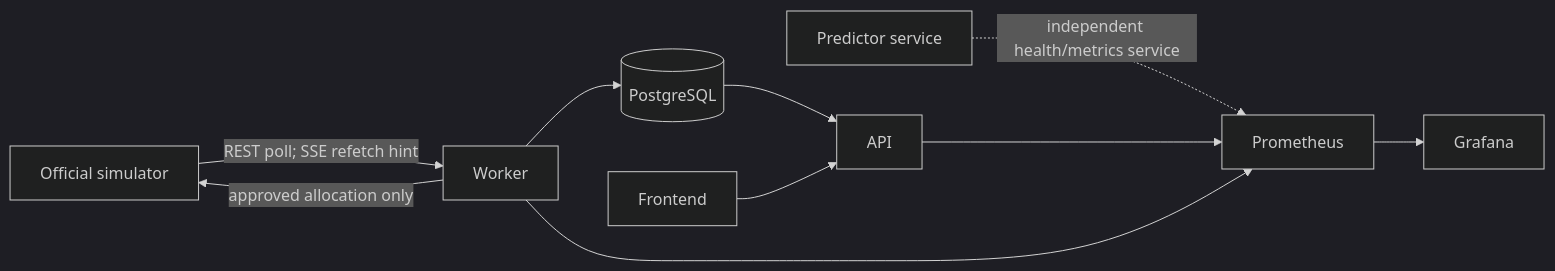
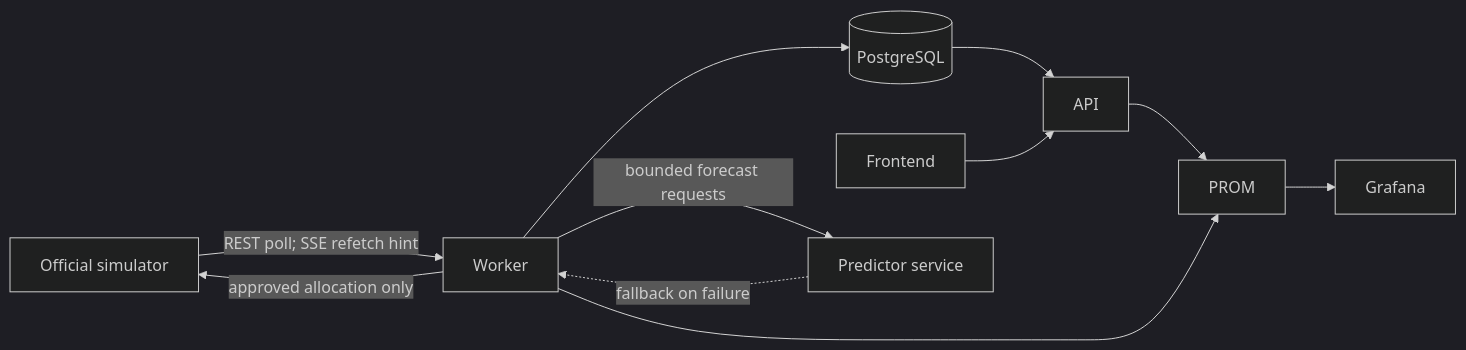
Before and after one commit to thunderstorm009/fuel_simulator: the diagram in README.md, drawn with Mermaid (dark theme). The commit also changed other lines of this file and 74 other files, not shown here.

````diff
--- a/README.md
+++ b/README.md
@@ -18,12 +18,13 @@
 ```mermaid
 flowchart LR
   SIM[Official simulator] -->|REST poll; SSE refetch hint| W[Worker]
   W --> DB[(PostgreSQL)]
   DB --> API[API]
   WEB[Frontend] --> API
   W -->|approved allocation only| SIM
-  P[Predictor service] -. independent health/metrics service .-> PROM[Prometheus]
+  W -->|bounded forecast requests| P[Predictor service]
+  P -. fallback on failure .-> W
   API --> PROM
   W --> PROM
   PROM --> G[Grafana]
 ```
````
